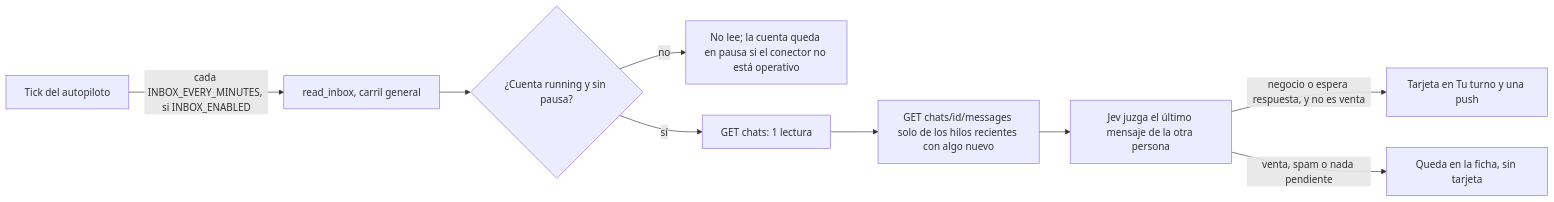
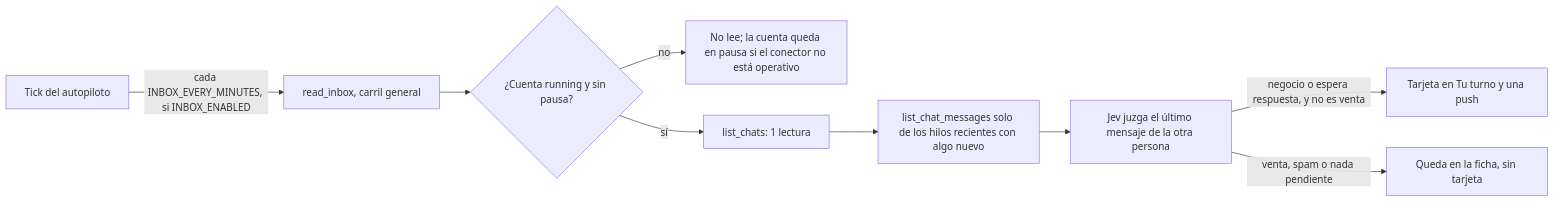
The diagram in agentes-linkedin/infra/docs/conversaciones-inbox.md (gustavop-dev/barrio-ai), drawn with Mermaid before and after one commit. The commit also changed other lines of this file and 109 other files, not shown here.

````diff
--- a/agentes-linkedin/infra/docs/conversaciones-inbox.md
+++ b/agentes-linkedin/infra/docs/conversaciones-inbox.md
@@ -17,11 +17,11 @@
 ```mermaid
 flowchart LR
     T[Tick del autopiloto] -->|cada INBOX_EVERY_MINUTES, si INBOX_ENABLED| J[read_inbox, carril general]
     J --> S{¿Cuenta running y sin pausa?}
     S -->|no| P[No lee; la cuenta queda en pausa si el conector no está operativo]
-    S -->|sí| L[GET chats: 1 lectura]
-    L --> M[GET chats/id/messages solo de los hilos recientes con algo nuevo]
+    S -->|sí| L[list_chats: 1 lectura]
+    L --> M[list_chat_messages solo de los hilos recientes con algo nuevo]
     M --> E[Jev juzga el último mensaje de la otra persona]
     E -->|negocio o espera respuesta, y no es venta| C[Tarjeta en Tu turno y una push]
     E -->|venta, spam o nada pendiente| Q[Queda en la ficha, sin tarjeta]
 ```
````
